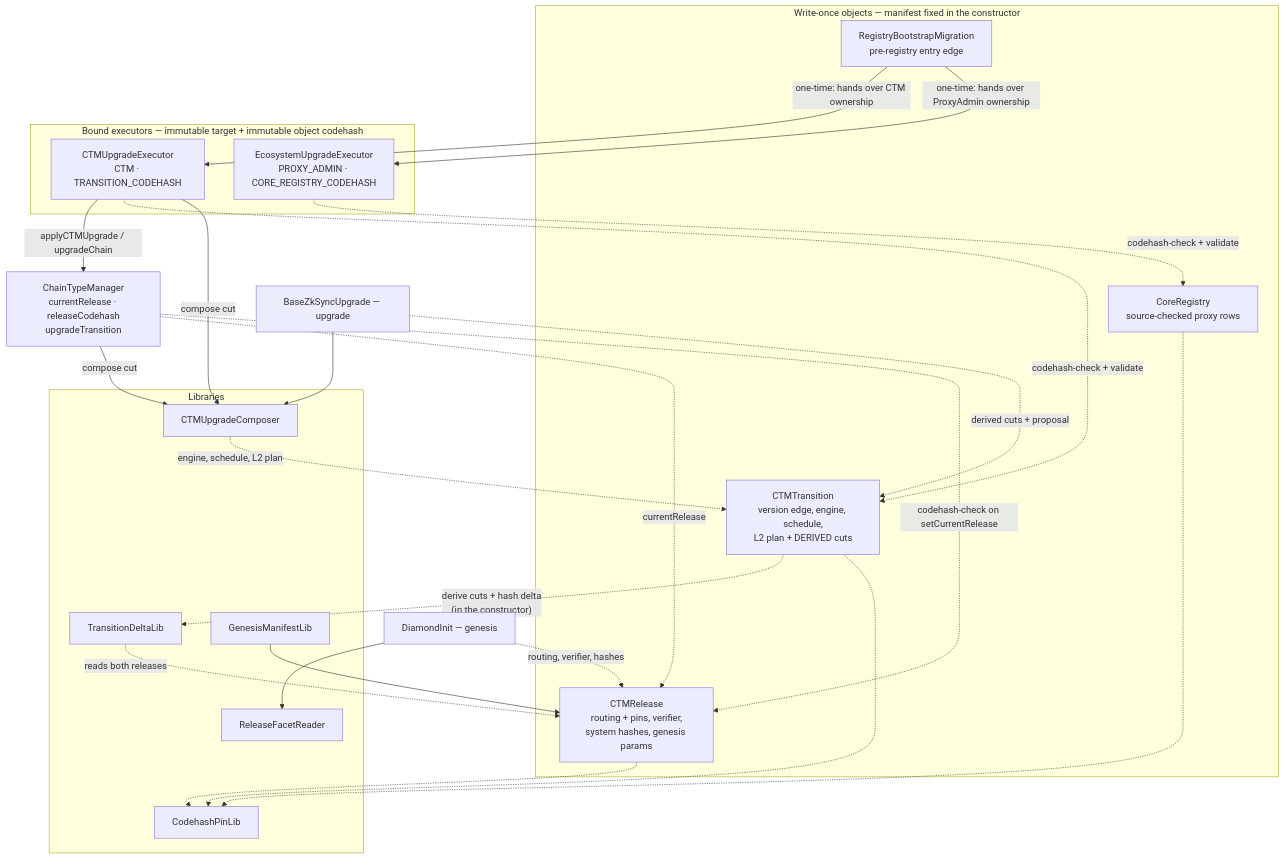
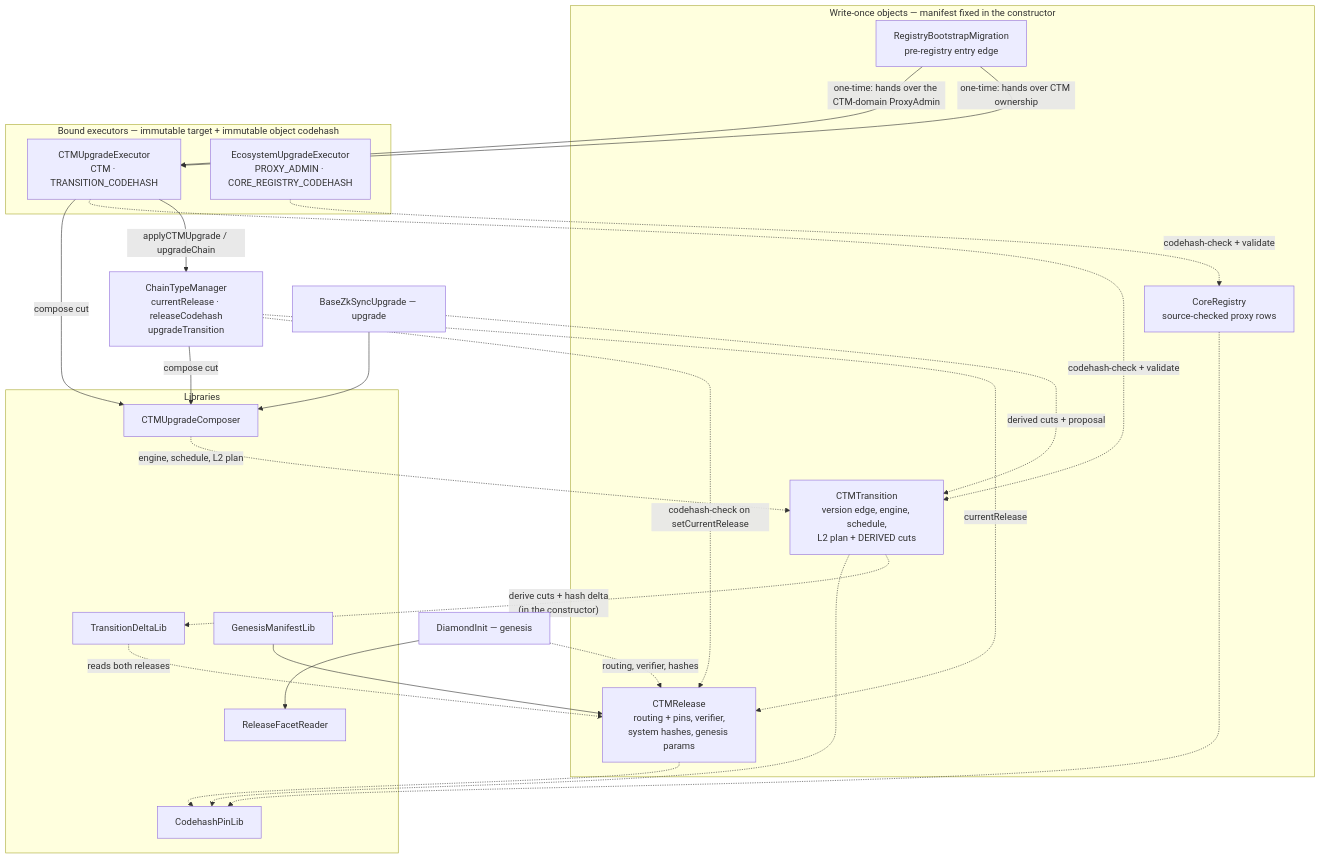
One commit to matter-labs/era-contracts changed the first of 3 diagrams in docs/registry-driven-upgrades.md. Above: the diagram before and after it, drawn with Mermaid. The commit also changed other lines of this file and 18 other files, not shown here.

First line of the commit message:
review: the CTM domain owns its own upgrades — ctmProxyRows on the transition

````diff
--- a/docs/registry-driven-upgrades.md
+++ b/docs/registry-driven-upgrades.md
@@ -53,51 +53,51 @@
 ```mermaid
 flowchart TB
     subgraph obj["Write-once objects — manifest fixed in the constructor"]
       REL["CTMRelease<br/>routing + pins, verifier,<br/>system hashes, genesis params"]
       TRA["CTMTransition<br/>version edge, engine, schedule,<br/>L2 plan + DERIVED cuts"]
       CR["CoreRegistry<br/>source-checked proxy rows"]
       BOOT["RegistryBootstrapMigration<br/>pre-registry entry edge"]
     end
 
     subgraph exe["Bound executors — immutable target + immutable object codehash"]
       CE["CTMUpgradeExecutor<br/>CTM · TRANSITION_CODEHASH"]
       EE["EcosystemUpgradeExecutor<br/>PROXY_ADMIN · CORE_REGISTRY_CODEHASH"]
     end
 
     subgraph lib["Libraries"]
       TDL["TransitionDeltaLib"]
       RFR["ReleaseFacetReader"]
       CUC["CTMUpgradeComposer"]
       GML["GenesisManifestLib"]
       CPL["CodehashPinLib"]
     end
 
     CTM["ChainTypeManager<br/>currentRelease · releaseCodehash<br/>upgradeTransition"]
     DI["DiamondInit — genesis"]
     BZU["BaseZkSyncUpgrade — upgrade"]
 
     GML --> REL
     TRA -. "derive cuts + hash delta<br/>(in the constructor)" .-> TDL
     TDL -. "reads both releases" .-> REL
 
     CE -- "applyCTMUpgrade / upgradeChain" --> CTM
     CE -. "codehash-check + validate" .-> TRA
     EE -. "codehash-check + validate" .-> CR
     BOOT -- "one-time: hands over CTM ownership" --> CE
-    BOOT -- "one-time: hands over ProxyAdmin ownership" --> EE
+    BOOT -- "one-time: hands over the CTM-domain ProxyAdmin" --> CE
 
     CTM -. currentRelease .-> REL
     CTM -. "codehash-check on setCurrentRelease" .-> REL
     CTM -- "compose cut" --> CUC
     CE -- "compose cut" --> CUC
     CUC -. "engine, schedule, L2 plan" .-> TRA
 
     DI -. "routing, verifier, hashes" .-> REL
     DI --> RFR
     BZU -. "derived cuts + proposal" .-> TRA
     BZU --> CUC
 
     REL -.-> CPL
     TRA -.-> CPL
     CR -.-> CPL
 ```
````
